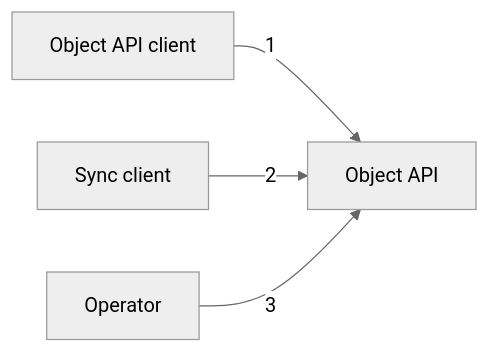
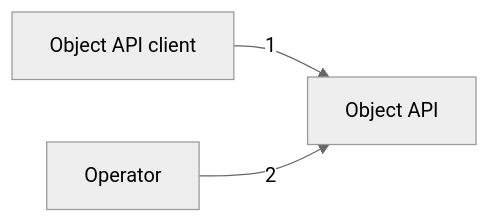
Before and after one commit to nickstrad/decentralized-object-store: the diagram in docs/c4/diagrams/02-container-a.mmd, drawn with Mermaid (neutral theme). The commit also changed 10 other files, not shown here.

First line of the commit message:
c4: final pass — remove the unbuilt sync client; every element is as built

```diff
--- a/docs/c4/diagrams/02-container-a.mmd
+++ b/docs/c4/diagrams/02-container-a.mmd
@@ -1,5 +1,4 @@
 %% draw-visual: -x 4 -y 1 -p 0
 graph LR
   CLIENT[Object API client] -->|1| API[Object API]
-  SYNC[Sync client] -->|2| API
-  OPER[Operator] -->|3| API
+  OPER[Operator] -->|2| API
```
